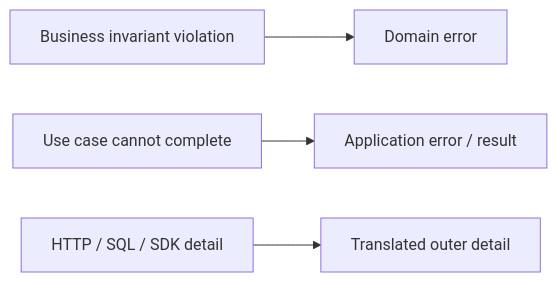
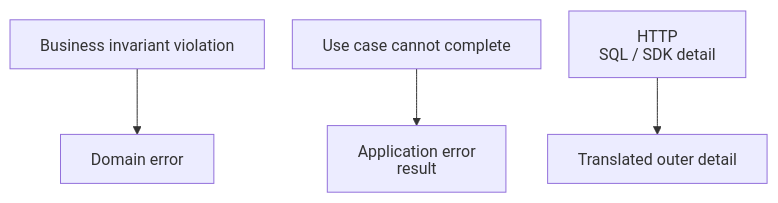
One commit to AndresTaoFlorez/software-architecture changed the first of 2 diagrams in architecture/styles/clean-architecture/2-the-four-layers.md. Above: the diagram before and after it, drawn with Mermaid. The commit also changed other lines of this file and 79 other files, not shown here.

````diff
--- a/architecture/styles/clean-architecture/2-the-four-layers.md
+++ b/architecture/styles/clean-architecture/2-the-four-layers.md
@@ -101,6 +121,7 @@
 ```mermaid
-flowchart LR
+%%{init: {"htmlLabels": false, "flowchart": {"htmlLabels": false, "nodeSpacing": 28, "rankSpacing": 48, "diagramPadding": 20, "wrappingWidth": 280}, "sequence": {"wrap": true, "diagramMarginX": 20, "diagramMarginY": 20}}}%%
+flowchart TB
     BI["Business invariant violation"] --> DE["Domain error"]
-    UC["Use case cannot complete"] --> AE["Application error / result"]
-    EXT["HTTP / SQL / SDK detail"] --> MAP["Translated outer detail"]
+    UC["Use case cannot complete"] --> AE["Application error<br/>result"]
+    EXT["HTTP<br/>SQL / SDK detail"] --> MAP["Translated outer detail"]
 ```
````
